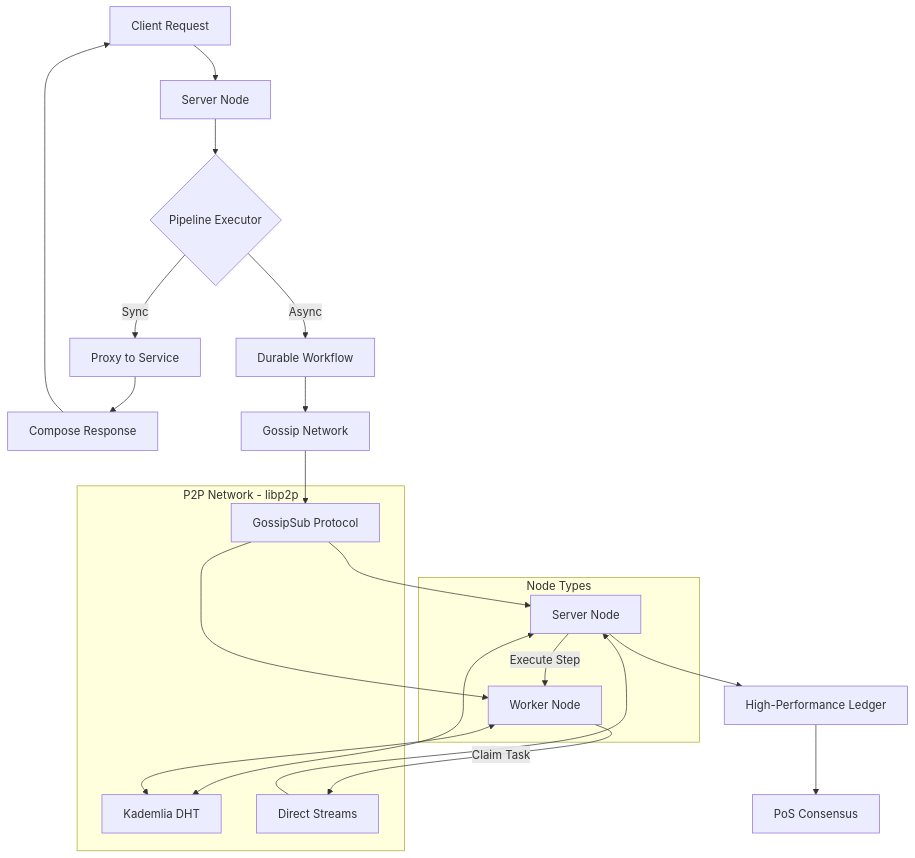
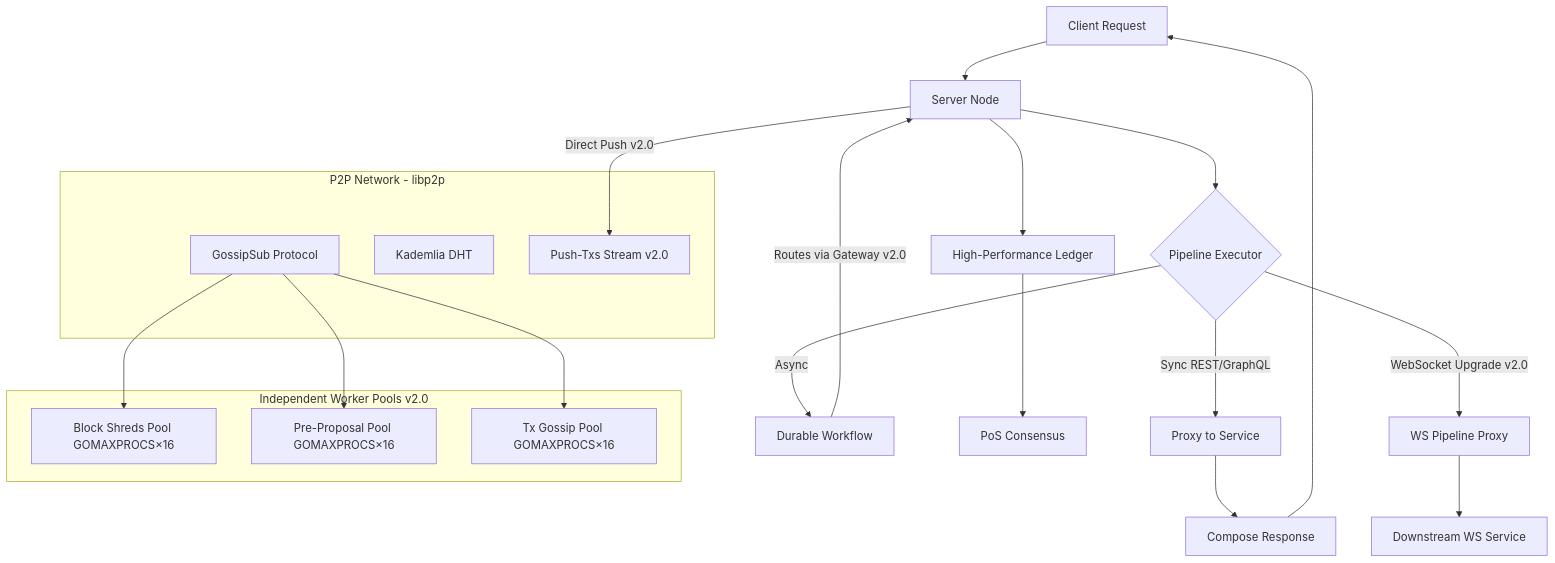
One commit to Grapthway/Grapthway-Protocol changed the diagram in README.md. Above: the diagram before and after it, drawn with Mermaid. The commit also changed other lines of this file and 26 other files, not shown here.

````diff
--- a/README.md
+++ b/README.md
@@ -42,37 +273,32 @@
 ```mermaid
 graph TD
     Client[Client Request] --> Server[Server Node]
     Server --> Pipeline{Pipeline Executor}
 
-    Pipeline -->|Sync| Proxy[Proxy to Service]
+    Pipeline -->|Sync REST/GraphQL| Proxy[Proxy to Service]
     Proxy --> Response[Compose Response]
     Response --> Client
 
+    Pipeline -->|WebSocket Upgrade v2.0| WSProxy[WS Pipeline Proxy]
+    WSProxy --> Downstream[Downstream WS Service]
+
     Pipeline -->|Async| Workflow[Durable Workflow]
-    Workflow --> Gossip[Gossip Network]
+    Workflow -->|Routes via Gateway v2.0| Server
 
     subgraph P2P[P2P Network - libp2p]
         GossipBus[GossipSub Protocol]
         DHT[Kademlia DHT]
-        Streams[Direct Streams]
+        PushTxs[Push-Txs Stream v2.0]
     end
 
-    subgraph Nodes[Node Types]
-        S1[Server Node]
-        W1[Worker Node]
+    subgraph WorkerPools[Independent Worker Pools v2.0]
+        ShredPool[Block Shreds Pool GOMAXPROCS×16]
+        PrePropPool[Pre-Proposal Pool GOMAXPROCS×16]
+        TxPool[Tx Gossip Pool GOMAXPROCS×16]
     end
 
-    Gossip --> GossipBus
-    GossipBus --> S1
-    GossipBus --> W1
-
-    S1 <--> DHT
-    W1 <--> DHT
-
-    W1 -->|Claim Task| Streams
-    Streams --> S1
-    S1 -->|Execute Step| W1
-
-    S1 --> Ledger[High-Performance Ledger]
+    GossipBus --> ShredPool & PrePropPool & TxPool
+    Server --> Ledger[High-Performance Ledger]
+    Server -->|Direct Push v2.0| PushTxs
     Ledger --> Consensus[PoS Consensus]
 ```
````
